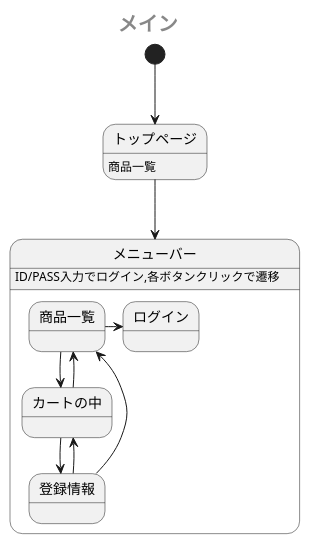
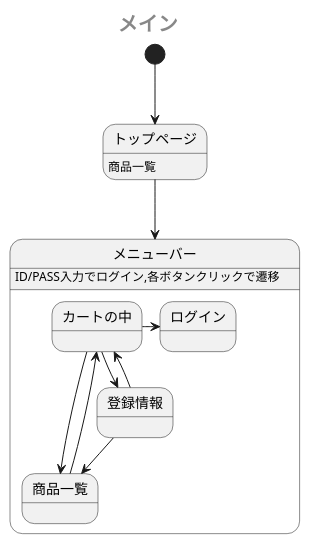
Before and after one commit to Aso2001385/2021sys-design: the first of 2 diagrams in sample/StateMachine.md, drawn with PlantUML.

````diff
--- a/sample/StateMachine.md
+++ b/sample/StateMachine.md
@@ -1,19 +1,19 @@
 ```uml
 @startuml
  center header <size:20><b>メイン</b></size>
  [*] --> トップページ
  トップページ: 商品一覧
  トップページ --> メニューバー
  state メニューバー {
    メニューバー: ID/PASS入力でログイン,各ボタンクリックで遷移
    商品一覧 --> カートの中
    カートの中 --> 商品一覧
    カートの中 --> 登録情報
-   商品一覧 -right-> ログイン
+   カートの中-right-> ログイン
    登録情報 -->カートの中
    登録情報 --> 商品一覧
 
  }
  
 @enduml
 ```
````
